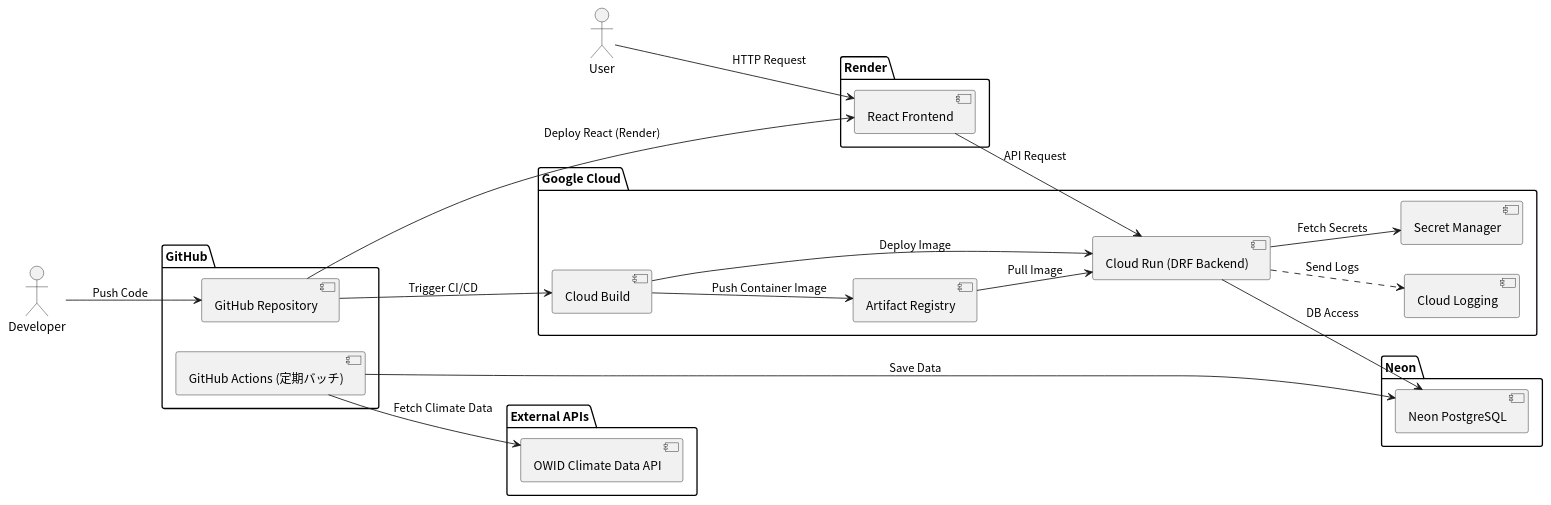
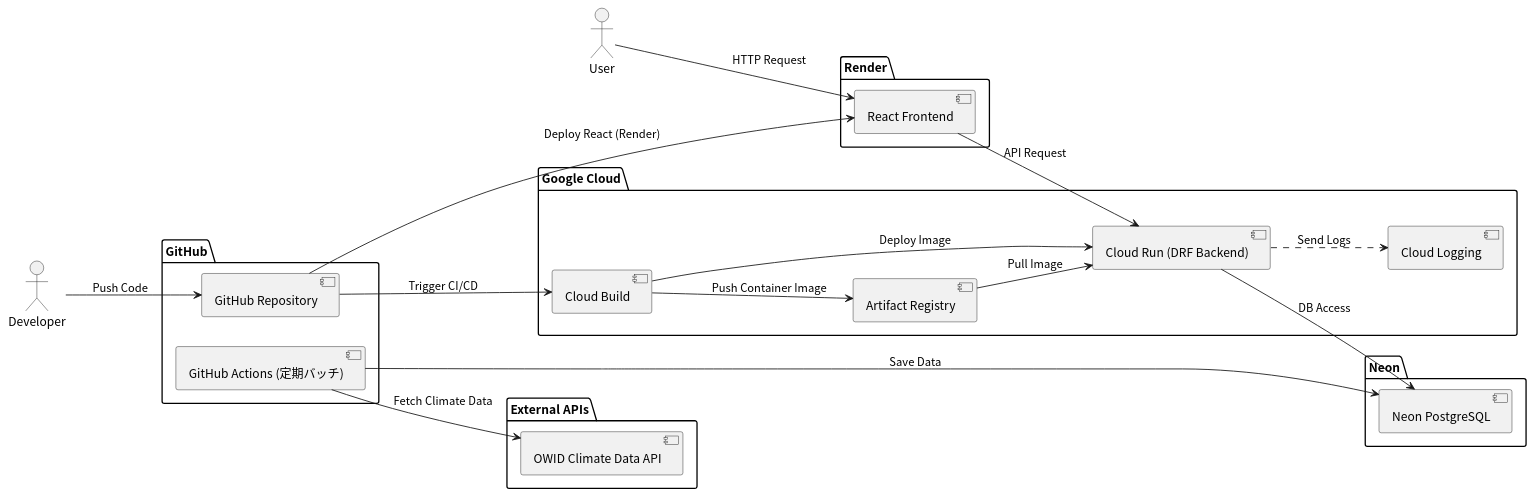
The diagram in docs/system_architecture/system_architecture.pu (tomoki-shiozaki/climate-change-app), drawn with PlantUML before and after one commit. The commit also changed 4 other files, not shown here.

```diff
--- a/docs/system_architecture/system_architecture.pu
+++ b/docs/system_architecture/system_architecture.pu
@@ -1,55 +1,51 @@
 @startuml system_architecture
 skinparam defaultFontName "Noto Sans CJK JP"
 left to right direction
 
 actor User
 actor Developer
 
 package "Render" {
   component "React Frontend" as Frontend
 }
 
 package "Google Cloud" {
   component "Cloud Build" as CloudBuild
   component "Artifact Registry" as ArtifactRegistry
   component "Cloud Run (DRF Backend)" as CloudRun
   component "Cloud Logging" as Logging
-  component "Secret Manager" as SecretManager
 }
 
 package "Neon" {
   component "Neon PostgreSQL" as NeonPostgreSQL
 }
 
 package "External APIs" {
   component "OWID Climate Data API" as OWIDAPI
 }
 
 package "GitHub" {
   component "GitHub Repository" as GitHubRepo
   component "GitHub Actions (定期バッチ)" as GitHubActions
 }
 
 ' 開発からデプロイ
 Developer --> GitHubRepo : Push Code
 GitHubRepo --> CloudBuild : Trigger CI/CD
 CloudBuild --> ArtifactRegistry : Push Container Image
 CloudBuild --> CloudRun : Deploy Image
 ArtifactRegistry --> CloudRun : Pull Image
 
 GitHubRepo --> Frontend : Deploy React (Render)
 
-' シークレット管理
-CloudRun --> SecretManager : Fetch Secrets
-
 ' 定期バッチ（GitHub Actions）
 GitHubActions --> OWIDAPI : Fetch Climate Data
 GitHubActions --> NeonPostgreSQL : Save Data
 
 ' アプリ実行
 User --> Frontend : HTTP Request
 Frontend --> CloudRun : API Request
 CloudRun --> NeonPostgreSQL : DB Access
 CloudRun ..> Logging : Send Logs
 
 @enduml
```
